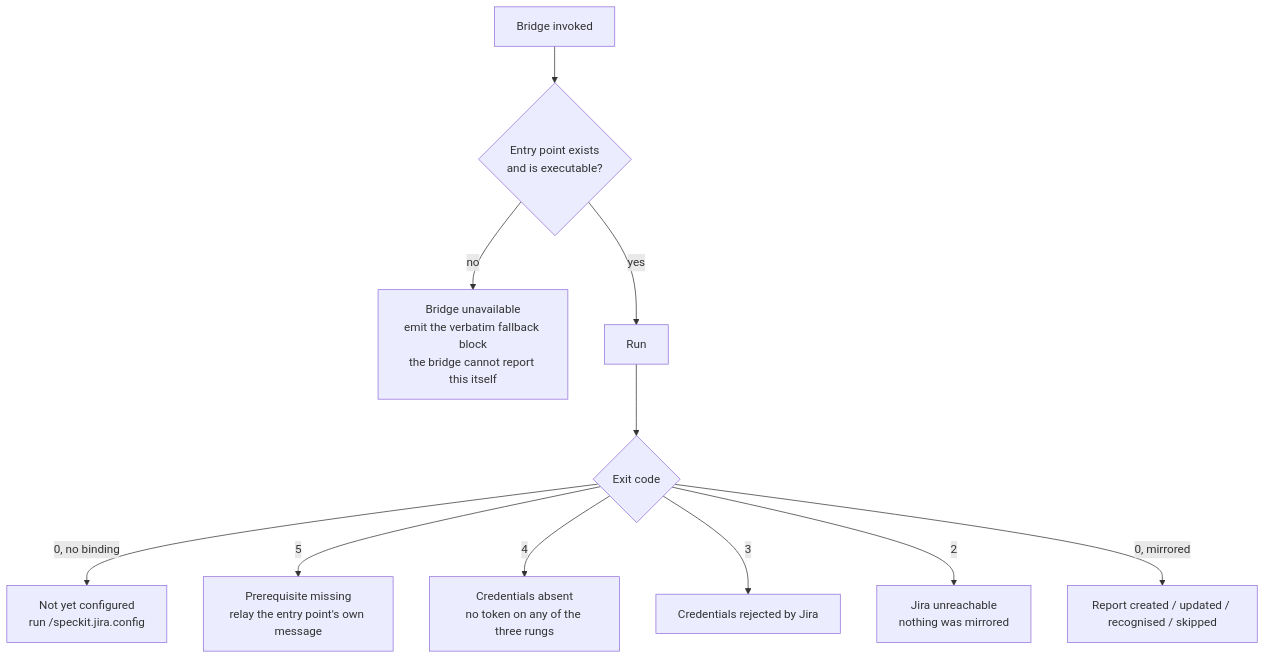
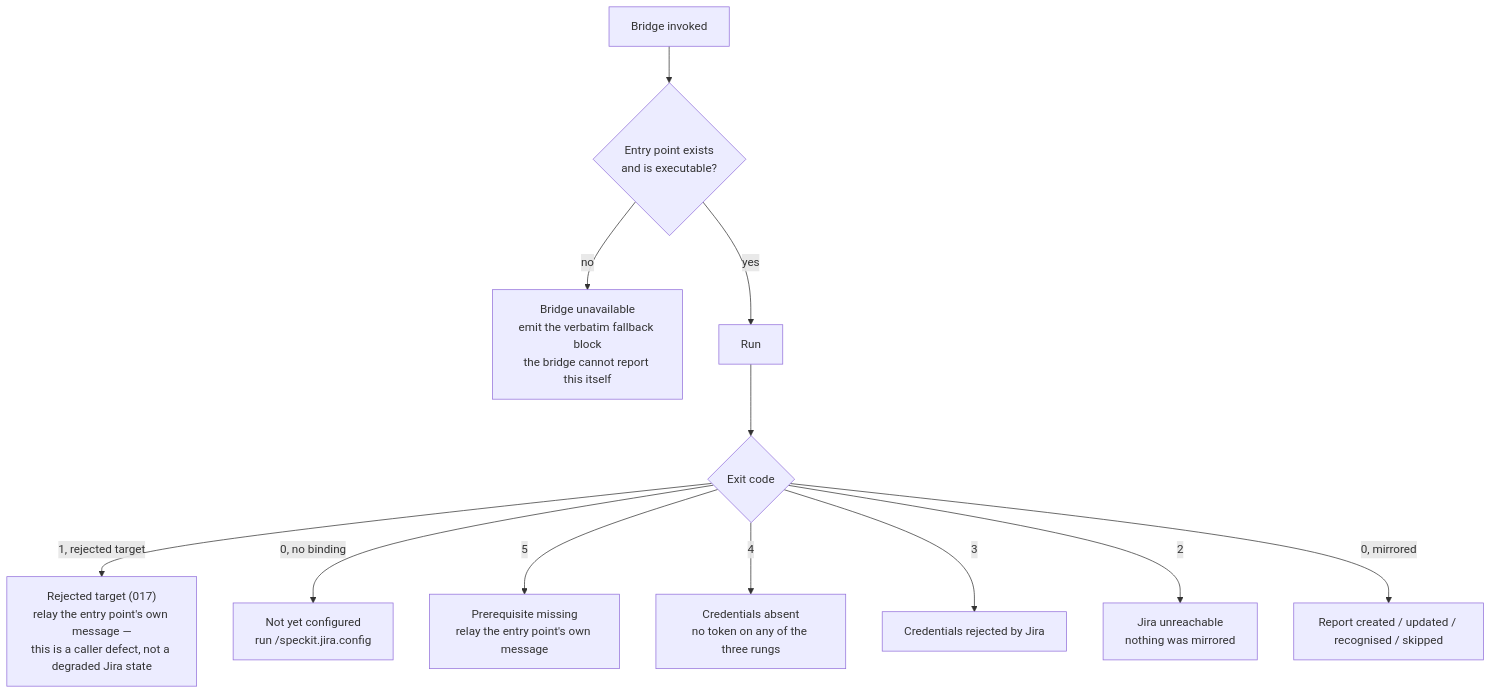
The fourth of 5 diagrams in docs/03-lifecycle-hooks.md (Fyloss/spec-kit-jira), drawn with Mermaid before and after one commit. The commit also changed other lines of this file and 84 other files, not shown here.

````diff
--- a/docs/03-lifecycle-hooks.md
+++ b/docs/03-lifecycle-hooks.md
@@ -112,14 +113,15 @@
 ```mermaid
 flowchart TD
     Start["Bridge invoked"] --> Exists{"Entry point exists<br/>and is executable?"}
-    Exists -->|"no"| Cause6["Bridge unavailable<br/>emit the verbatim fallback block<br/>the bridge cannot report this itself"]
+    Exists -->|"no"| Cause7["Bridge unavailable<br/>emit the verbatim fallback block<br/>the bridge cannot report this itself"]
     Exists -->|"yes"| Run["Run"]
 
     Run --> Code{"Exit code"}
+    Code -->|"1, rejected target"| Cause0["Rejected target (017)<br/>relay the entry point's own message —<br/>this is a caller defect, not a degraded Jira state"]
     Code -->|"0, no binding"| Cause1["Not yet configured<br/>run /speckit.jira.config"]
     Code -->|"5"| Cause4["Prerequisite missing<br/>relay the entry point's own message"]
     Code -->|"4"| Cause2["Credentials absent<br/>no token on any of the three rungs"]
     Code -->|"3"| Cause3["Credentials rejected by Jira"]
     Code -->|"2"| Cause5["Jira unreachable<br/>nothing was mirrored"]
     Code -->|"0, mirrored"| Ok["Report created / updated / recognised / skipped"]
 ```
````
